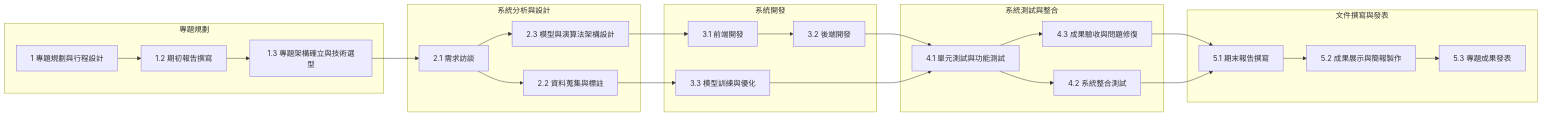
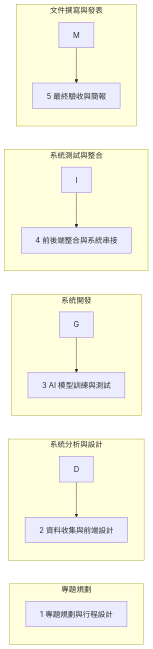
One commit to groups7-ctrl/hw2 changed the second of 2 diagrams in README.md. Above: the diagram before and after it, drawn with Mermaid.

````diff
--- a/README.md
+++ b/README.md
@@ -54,30 +54,19 @@
 ```mermaid
 graph LR
 
 subgraph "專題規劃"
-    B[1 專題規劃與行程設計] --> C[1.2 期初報告撰寫];
-    C --> D[1.3 專題架構確立與技術選型];
+    B[1 專題規劃與行程設計]
 end
 subgraph "系統分析與設計"
-    D --> E[2.1 需求訪談];
-    E --> F[2.2 資料蒐集與標註];
-    E --> G[2.3 模型與演算法架構設計];
+    D --> E[2 資料收集與前端設計];
 end
 subgraph "系統開發"
-    G --> H[3.1 前端開發];
-    H --> I[3.2 後端開發];
-    F --> J[3.3 模型訓練與優化];
+    G --> H[3 AI 模型訓練與測試];
 end
 subgraph "系統測試與整合"
-    I --> K[4.1 單元測試與功能測試];
-    J --> K;
-    K --> L[4.2 系統整合測試];
-    K --> M[4.3 成果驗收與問題修復];
+    I --> K[4 前後端整合與系統串接];
 end
 subgraph "文件撰寫與發表"
-    M --> N[5.1 期末報告撰寫];
-    L --> N;
-    N --> O[5.2 成果展示與簡報製作];
-    O --> P[5.3 專題成果發表];
+    M --> N[5 最終驗收與簡報];
 end
 ```
````
